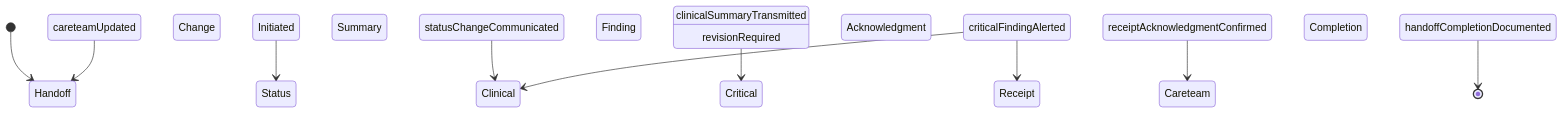
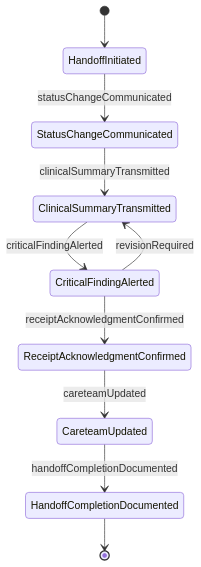
One commit to dot-org-ai/tasks.org.ai changed the second of 4 diagrams in CommunicatingWithSupervisorsPeersOrSubordinates/ConferWithHealthcareOrOtherProfessionalsAboutPatientCare/CommunicatePatientStatusHealthPractitioners.mdx. Above: the diagram before and after it, drawn with Mermaid. The commit also changed other lines of this file and 515 other files, not shown here.

````diff
--- a/CommunicatingWithSupervisorsPeersOrSubordinates/ConferWithHealthcareOrOtherProfessionalsAboutPatientCare/CommunicatePatientStatusHealthPractitioners.mdx
+++ b/CommunicatingWithSupervisorsPeersOrSubordinates/ConferWithHealthcareOrOtherProfessionalsAboutPatientCare/CommunicatePatientStatusHealthPractitioners.mdx
@@ -100,12 +100,12 @@
 ```mermaid
 stateDiagram-v2
-    [*] --> Handoff Initiated
-    Handoff Initiated --> Status Change Communicated : statusChangeCommunicated
-    Status Change Communicated --> Clinical Summary Transmitted : clinicalSummaryTransmitted
-    Clinical Summary Transmitted --> Critical Finding Alerted : criticalFindingAlerted
-    Critical Finding Alerted --> Receipt Acknowledgment Confirmed : receiptAcknowledgmentConfirmed
-    Receipt Acknowledgment Confirmed --> Careteam Updated : careteamUpdated
-    Careteam Updated --> Handoff Completion Documented : handoffCompletionDocumented
-    Critical Finding Alerted --> Clinical Summary Transmitted : revisionRequired
-    Handoff Completion Documented --> [*]
+    [*] --> HandoffInitiated
+    HandoffInitiated --> StatusChangeCommunicated : statusChangeCommunicated
+    StatusChangeCommunicated --> ClinicalSummaryTransmitted : clinicalSummaryTransmitted
+    ClinicalSummaryTransmitted --> CriticalFindingAlerted : criticalFindingAlerted
+    CriticalFindingAlerted --> ReceiptAcknowledgmentConfirmed : receiptAcknowledgmentConfirmed
+    ReceiptAcknowledgmentConfirmed --> CareteamUpdated : careteamUpdated
+    CareteamUpdated --> HandoffCompletionDocumented : handoffCompletionDocumented
+    CriticalFindingAlerted --> ClinicalSummaryTransmitted : revisionRequired
+    HandoffCompletionDocumented --> [*]
 ```
````
